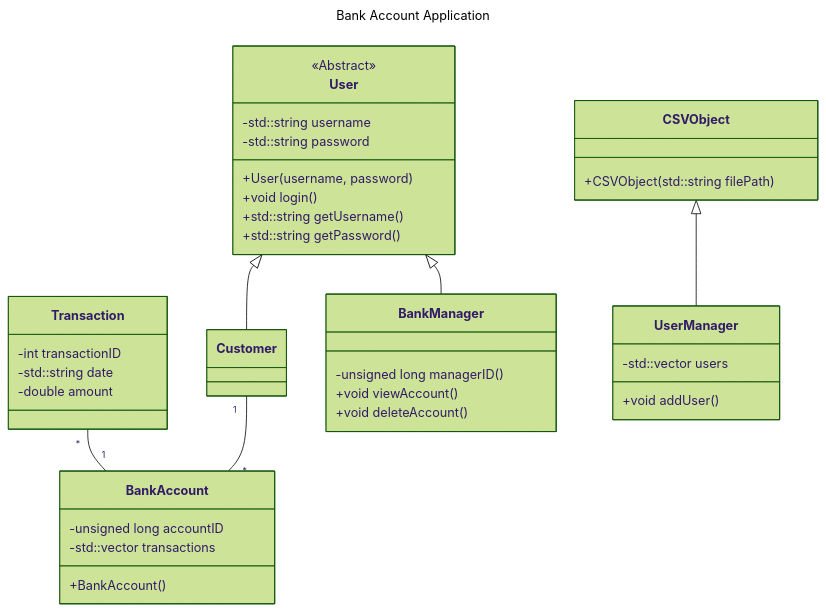
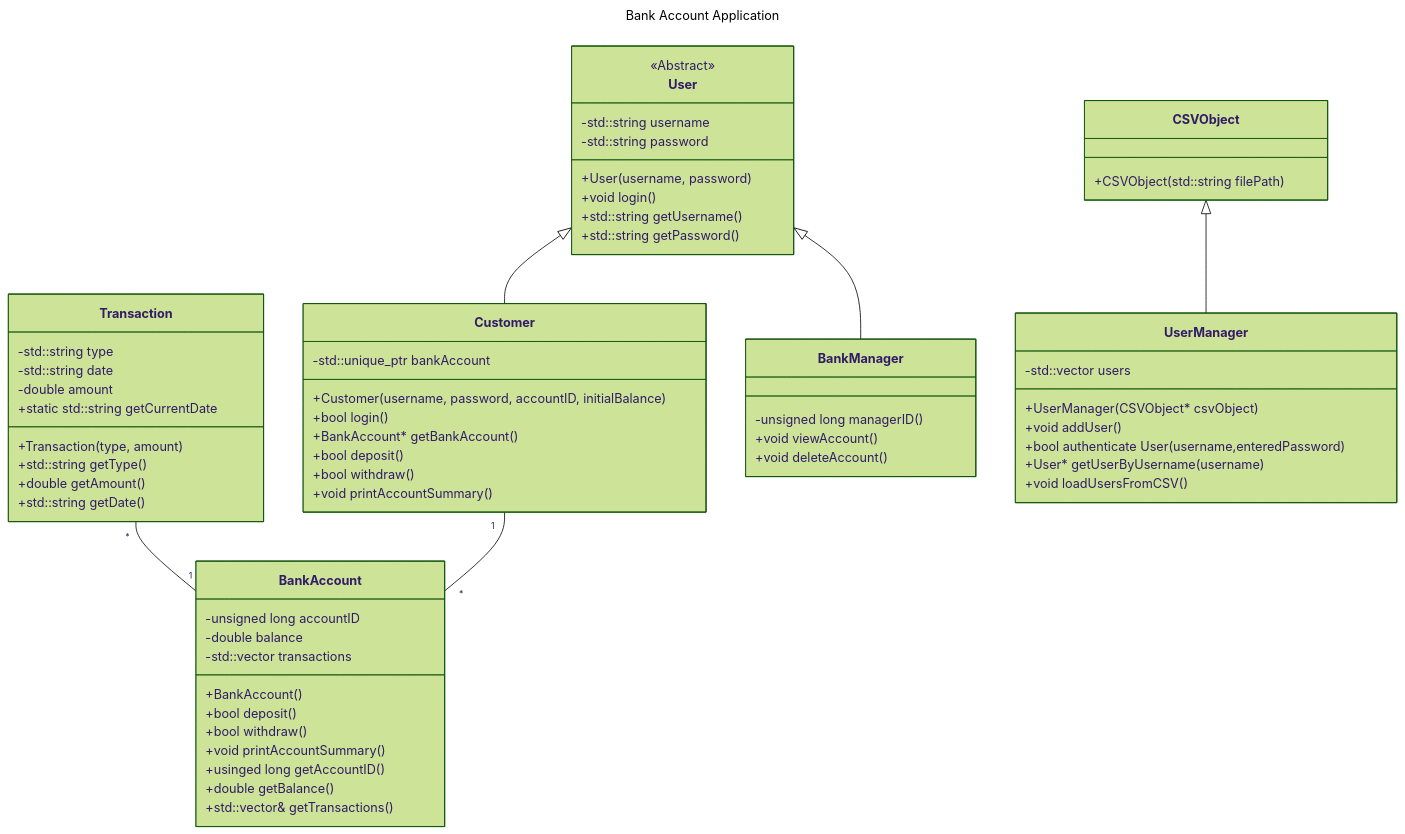
Before and after one commit to samuelcmace/uwgb-comp-sci-371-group-project: the diagram in README.md, drawn with Mermaid (forest theme).

Commit message:
README.md

````diff
--- a/README.md
+++ b/README.md
@@ -11,47 +11,70 @@
 ```mermaid
 ---
 title: Bank Account Application
 ---
 classDiagram
     class User {
         <<Abstract>>
         -std::string username
         -std::string password
 
         +User(username, password)
         +void login()
         +std::string getUsername()
         +std::string getPassword()
     }
     class Transaction {
-        -int transactionID
+        -std::string type
         -std::string date
         -double amount
+        +Transaction(type, amount)
+        +std::string getType()
+        +double getAmount()
+        +std::string getDate()
+        +static std::string getCurrentDate
     }
     class BankAccount {
         -unsigned long accountID
+        -double balance
         -std::vector<Transaction*> transactions
         +BankAccount()
+        +bool deposit()
+        +bool withdraw()
+        +void printAccountSummary()
+        +usinged long getAccountID()
+        +double getBalance()
+        +std::vector<Transaction>& getTransactions()
     }
     Transaction "*" -- "1" BankAccount
     class Customer {
+        -std::unique_ptr bankAccount
+        +Customer(username, password, accountID, initialBalance)
+        +bool login()
+        +BankAccount* getBankAccount()
+        +bool deposit()
+        +bool withdraw()
+        +void printAccountSummary()
 
     }
     Customer "1" -- "*" BankAccount
     class BankManager {
         -unsigned long managerID()
         
         +void viewAccount()
         +void deleteAccount()
     }
     class CSVObject {
         +CSVObject(std::string filePath)
     }
     User <|-- Customer
     User <|-- BankManager
     class UserManager {
         -std::vector<User> users
+        +UserManager(CSVObject* csvObject)
         +void addUser()
+        +bool authenticate User(username,enteredPassword)
+        +User* getUserByUsername(username)
+        +void loadUsersFromCSV()
     }
     CSVObject <|-- UserManager
 ```
````
